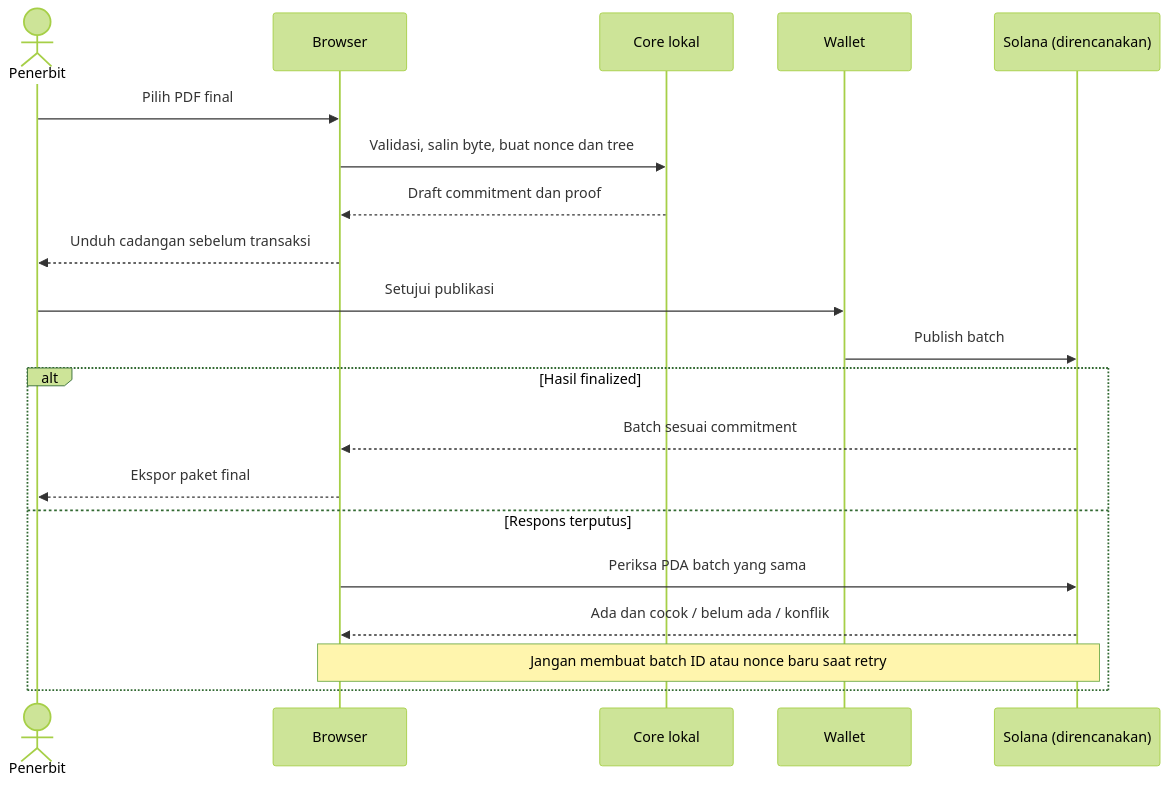
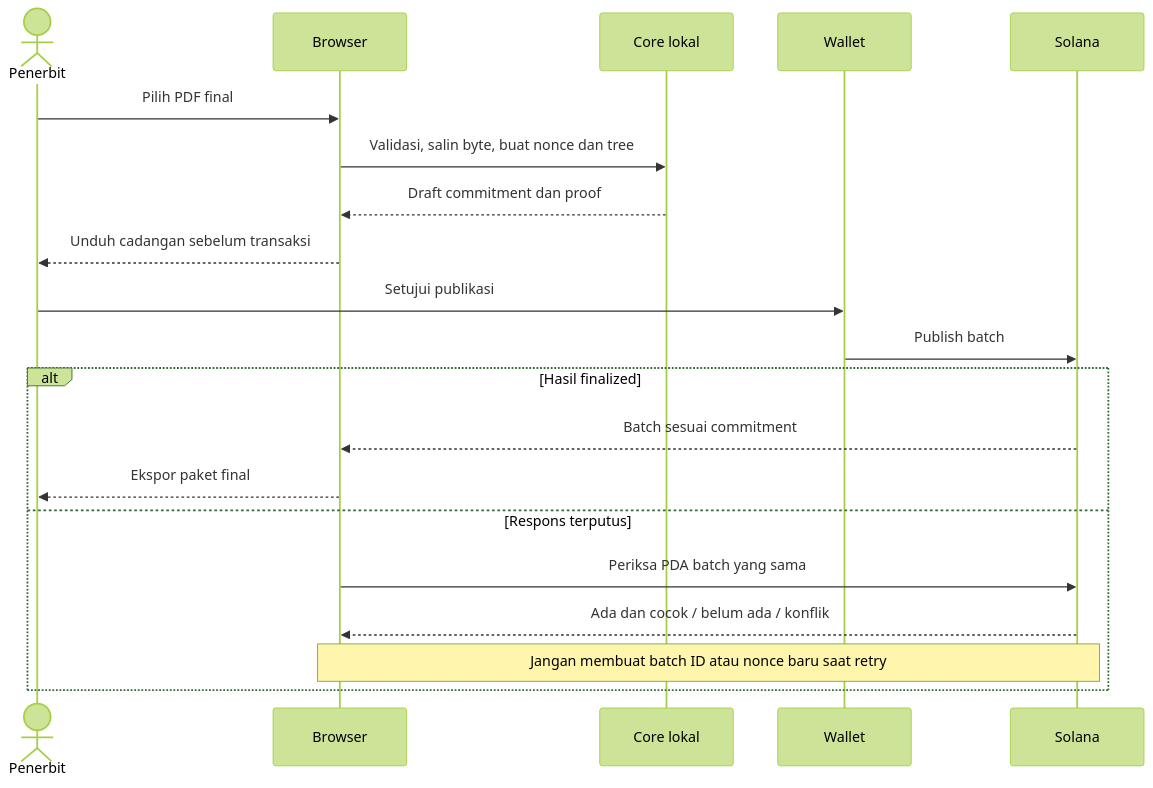
Before and after one commit to BangkitTheGreat/solvcred: the second of 5 diagrams in docs/architecture.md, drawn with Mermaid (forest theme). The commit also changed other lines of this file and 66 other files, not shown here.

````diff
--- a/docs/architecture.md
+++ b/docs/architecture.md
@@ -31,22 +31,22 @@
 ```mermaid
 sequenceDiagram
   actor I as Penerbit
   participant B as Browser
   participant C as Core lokal
   participant W as Wallet
-  participant S as Solana (direncanakan)
+  participant S as Solana
   I->>B: Pilih PDF final
   B->>C: Validasi, salin byte, buat nonce dan tree
   C-->>B: Draft commitment dan proof
   B-->>I: Unduh cadangan sebelum transaksi
   I->>W: Setujui publikasi
   W->>S: Publish batch
   alt Hasil finalized
     S-->>B: Batch sesuai commitment
     B-->>I: Ekspor paket final
   else Respons terputus
     B->>S: Periksa PDA batch yang sama
     S-->>B: Ada dan cocok / belum ada / konflik
     Note over B,S: Jangan membuat batch ID atau nonce baru saat retry
   end
 ```
````
